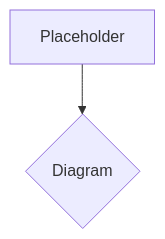
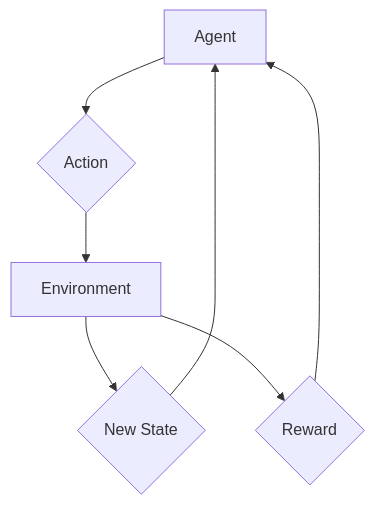
Before and after one commit to AbdulAhadAfridi/hackathon-book: the diagram in docs/ai-systems/reinforcement-learning.md, drawn with Mermaid. The commit also changed other lines of this file and 12 other files, not shown here.

````diff
--- a/docs/ai-systems/reinforcement-learning.md
+++ b/docs/ai-systems/reinforcement-learning.md
@@ -6,4 +6,9 @@
 ```mermaid
-  graph TD
-      A[Placeholder] --> B{Diagram};
+graph TD
+    A[Agent] --> B{Action};
+    B --> C[Environment];
+    C --> D{New State};
+    C --> E{Reward};
+    D --> A;
+    E --> A;
 ```
````
